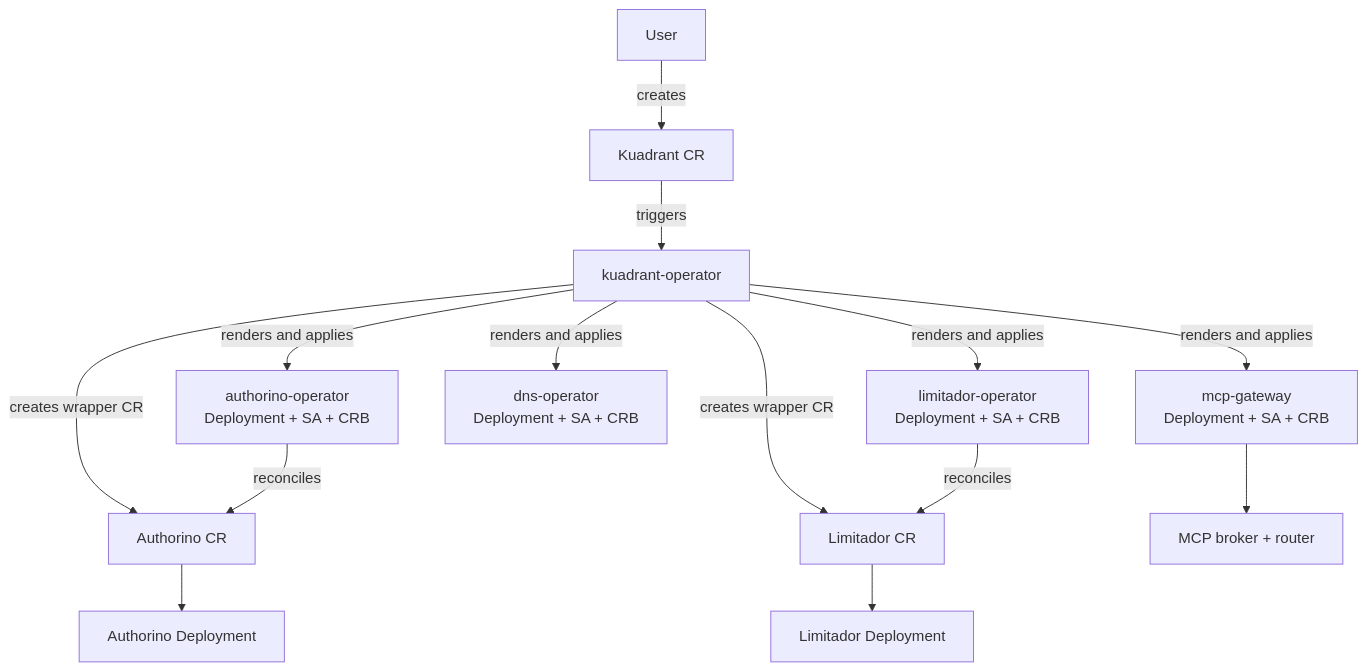
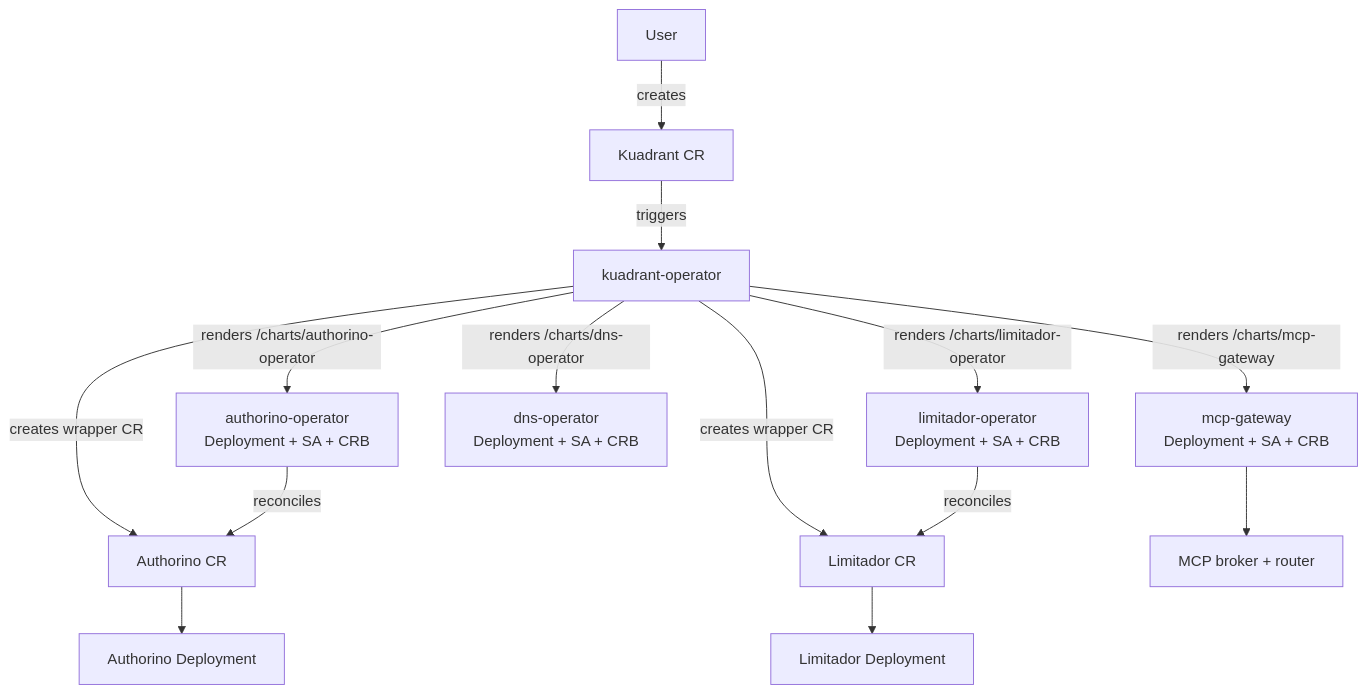
One commit to Kuadrant/kuadrant-operator changed the fourth of 6 diagrams in docs/olmv1-phase1-architecture.md. Above: the diagram before and after it, drawn with Mermaid. The commit also changed other lines of this file and 83 other files, not shown here.

````diff
--- a/docs/olmv1-phase1-architecture.md
+++ b/docs/olmv1-phase1-architecture.md
@@ -100,19 +100,19 @@
 ```mermaid
 graph TB
     USER["User"] -->|"creates"| KCR["Kuadrant CR"]
     KCR -->|"triggers"| KOP["kuadrant-operator"]
 
-    KOP -->|"renders and applies"| AO["authorino-operator<br/>Deployment + SA + CRB"]
-    KOP -->|"renders and applies"| LO["limitador-operator<br/>Deployment + SA + CRB"]
-    KOP -->|"renders and applies"| DO["dns-operator<br/>Deployment + SA + CRB"]
-    KOP -->|"renders and applies"| MG["mcp-gateway<br/>Deployment + SA + CRB"]
+    KOP -->|"renders /charts/authorino-operator"| AO["authorino-operator<br/>Deployment + SA + CRB"]
+    KOP -->|"renders /charts/limitador-operator"| LO["limitador-operator<br/>Deployment + SA + CRB"]
+    KOP -->|"renders /charts/dns-operator"| DO["dns-operator<br/>Deployment + SA + CRB"]
+    KOP -->|"renders /charts/mcp-gateway"| MG["mcp-gateway<br/>Deployment + SA + CRB"]
     KOP -->|"creates wrapper CR"| ACR["Authorino CR"]
     KOP -->|"creates wrapper CR"| LCR["Limitador CR"]
 
     AO -->|"reconciles"| ACR
     LO -->|"reconciles"| LCR
 
     ACR --> AW["Authorino Deployment"]
     LCR --> LW["Limitador Deployment"]
     MG --> MGW["MCP broker + router"]
 ```
````
